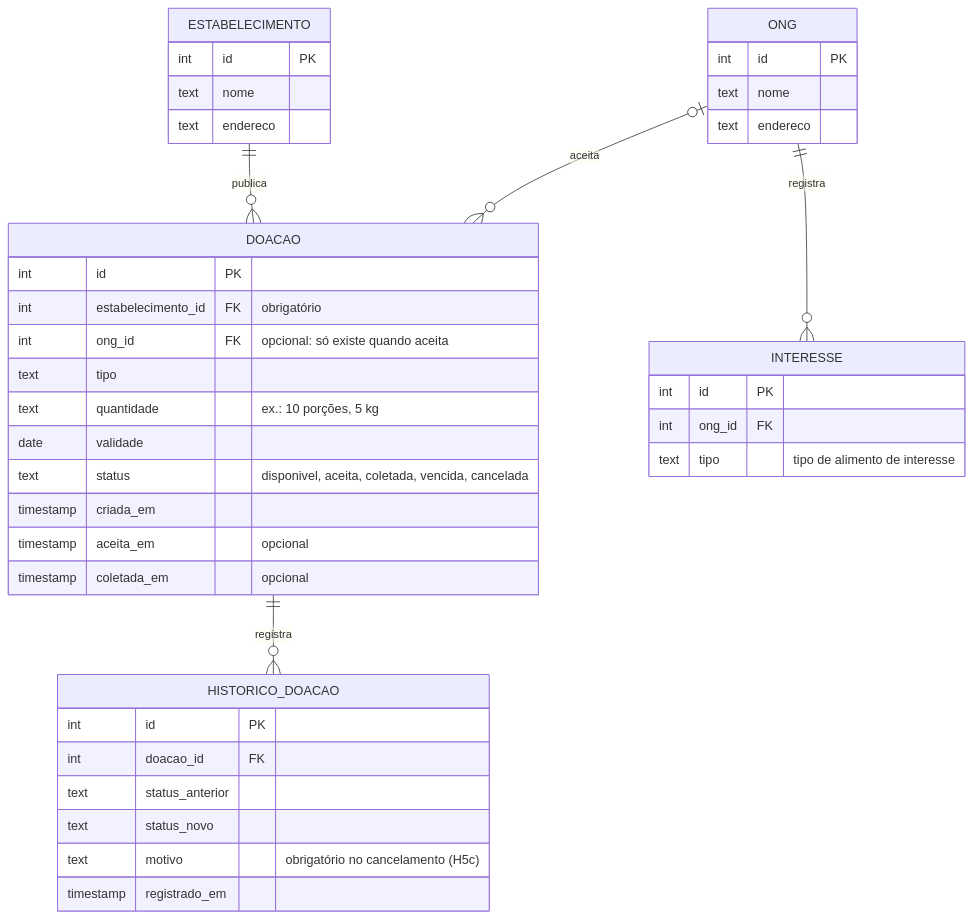
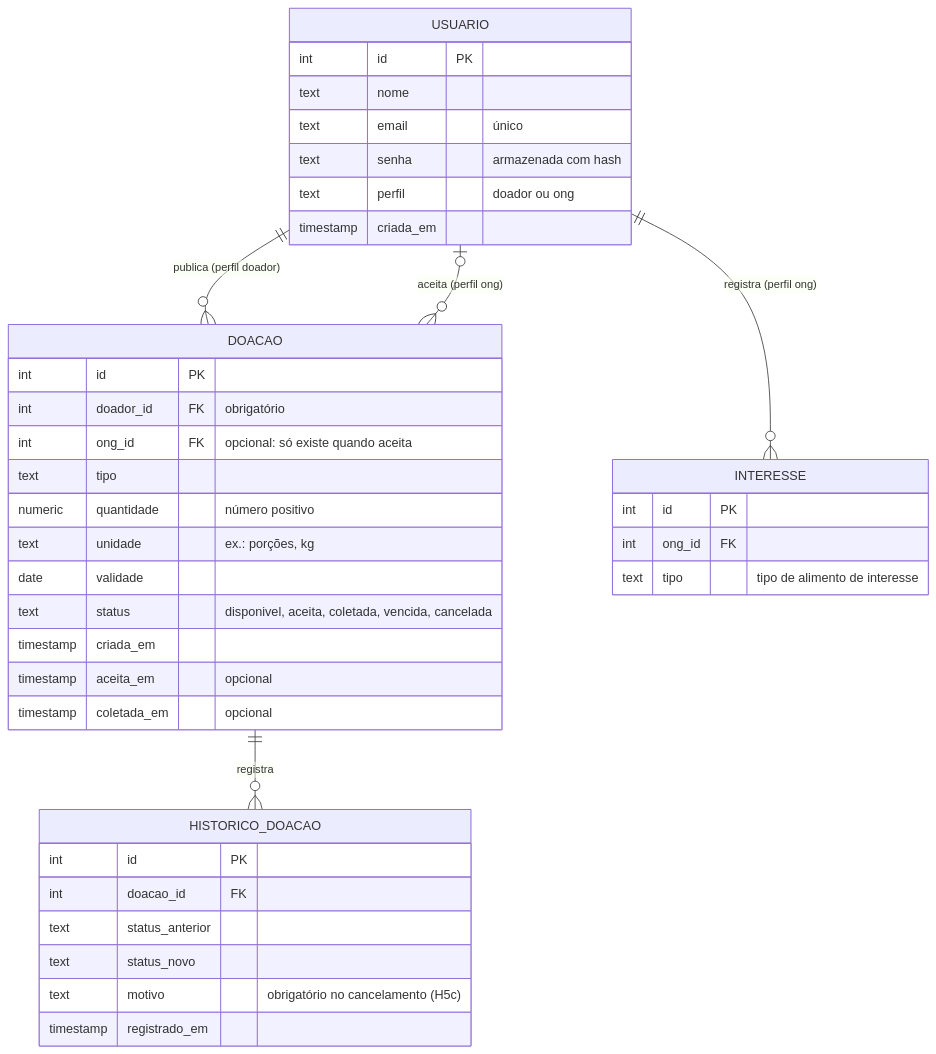
Before and after one commit to HeloisaRebello17/g1126-prato-cheio: the second of 3 diagrams in docs/diagramas-atividade.md, drawn with Mermaid. The commit also changed other lines of this file and 1 other file, not shown here.

Commit message:
realizado mais ajustes que precisava no diagramas.

`````diff
--- a/docs/diagramas-atividade.md
+++ b/docs/diagramas-atividade.md
@@ -197,43 +206,42 @@
 ```mermaid
 erDiagram
-    ESTABELECIMENTO ||--o{ DOACAO : publica
-    ONG |o--o{ DOACAO : aceita
-    ONG ||--o{ INTERESSE : registra
+    USUARIO ||--o{ DOACAO : "publica (perfil doador)"
+    USUARIO |o--o{ DOACAO : "aceita (perfil ong)"
+    USUARIO ||--o{ INTERESSE : "registra (perfil ong)"
     DOACAO ||--o{ HISTORICO_DOACAO : registra
 
-        ESTABELECIMENTO {
+    USUARIO {
         int id PK
         text nome
-        text endereco
-    }
-    ONG {
-        int id PK
-        text nome
-        text endereco
+        text email "único"
+        text senha "armazenada com hash"
+        text perfil "doador ou ong"
+        timestamp criada_em
     }
     DOACAO {
         int id PK
-        int estabelecimento_id FK "obrigatório"
+        int doador_id FK "obrigatório"
         int ong_id FK "opcional: só existe quando aceita"
         text tipo
-        text quantidade "ex.: 10 porções, 5 kg"
+        numeric quantidade "número positivo"
+        text unidade "ex.: porções, kg"
         date validade
         text status "disponivel, aceita, coletada, vencida, cancelada"
         timestamp criada_em
         timestamp aceita_em "opcional"
         timestamp coletada_em "opcional"
     }
     INTERESSE {
         int id PK
         int ong_id FK
         text tipo "tipo de alimento de interesse"
     }
     HISTORICO_DOACAO {
         int id PK
         int doacao_id FK
         text status_anterior
         text status_novo
         text motivo "obrigatório no cancelamento (H5c)"
         timestamp registrado_em
     }
-````
+```
`````
